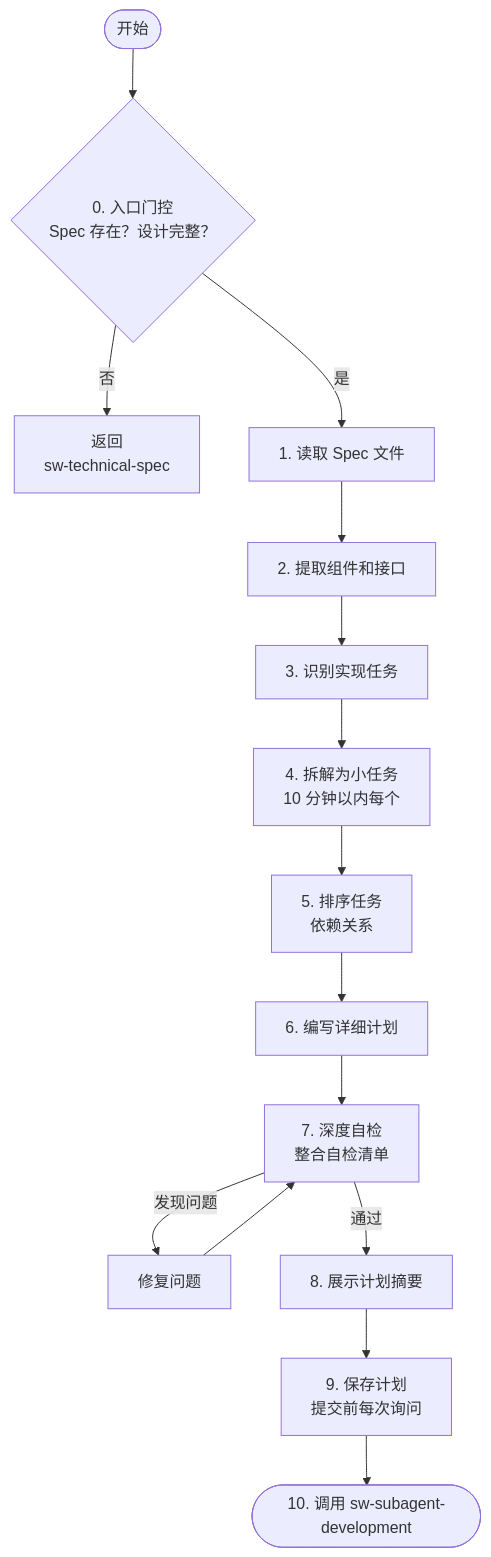
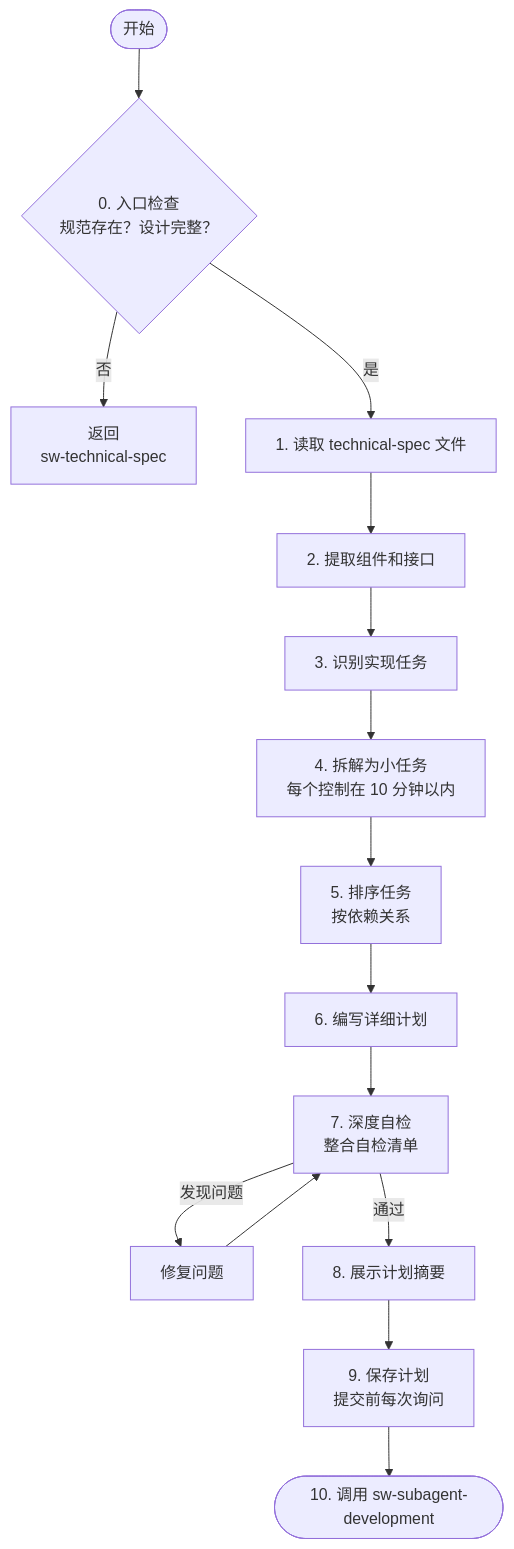
One commit to vaycentsun/sw-agiledevelopment changed the second of 2 diagrams in sw-working-plan/SKILL.md. Above: the diagram before and after it, drawn with Mermaid. The commit also changed other lines of this file and 6 other files, not shown here.

````diff
--- a/sw-working-plan/SKILL.md
+++ b/sw-working-plan/SKILL.md
@@ -52,17 +52,17 @@
 ```mermaid
 flowchart TD
-    Start([开始]) --> Gate{0. 入口门控<br/>Spec 存在？设计完整？}
+    Start([开始]) --> Gate{0. 入口检查<br/>规范存在？设计完整？}
     Gate -->|否| NeedDesign[返回<br/>sw-technical-spec]
-    Gate -->|是| ReadSpec[1. 读取 Spec 文件]
+    Gate -->|是| ReadSpec[1. 读取 technical-spec 文件]
     ReadSpec --> Extract[2. 提取组件和接口]
     Extract --> Identify[3. 识别实现任务]
-    Identify --> BreakDown[4. 拆解为小任务<br/>10 分钟以内每个]
-    BreakDown --> Order[5. 排序任务<br/>依赖关系]
+    Identify --> BreakDown[4. 拆解为小任务<br/>每个控制在 10 分钟以内]
+    BreakDown --> Order[5. 排序任务<br/>按依赖关系]
     Order --> WritePlan[6. 编写详细计划]
     WritePlan --> SelfReview[7. 深度自检<br/>整合自检清单]
     SelfReview -->|发现问题| SelfFix[修复问题]
     SelfFix --> SelfReview
     SelfReview -->|通过| ShowSummary[8. 展示计划摘要]
     ShowSummary --> SavePlan[9. 保存计划<br/>提交前每次询问]
     SavePlan --> InvokeSubagent([10. 调用 sw-subagent-development])
 ```
````
